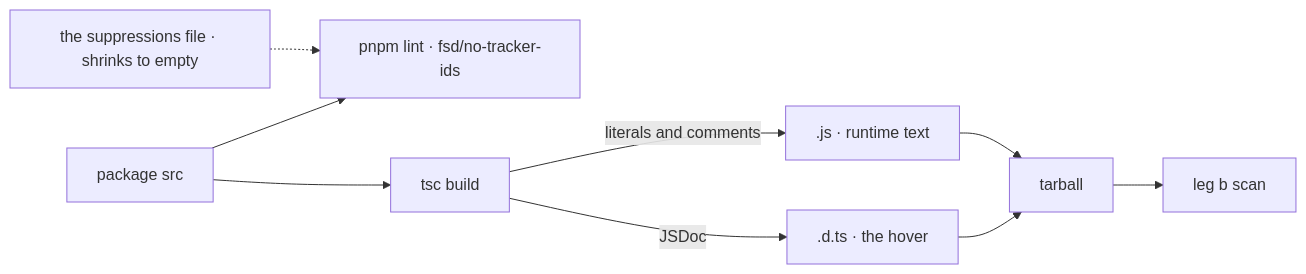
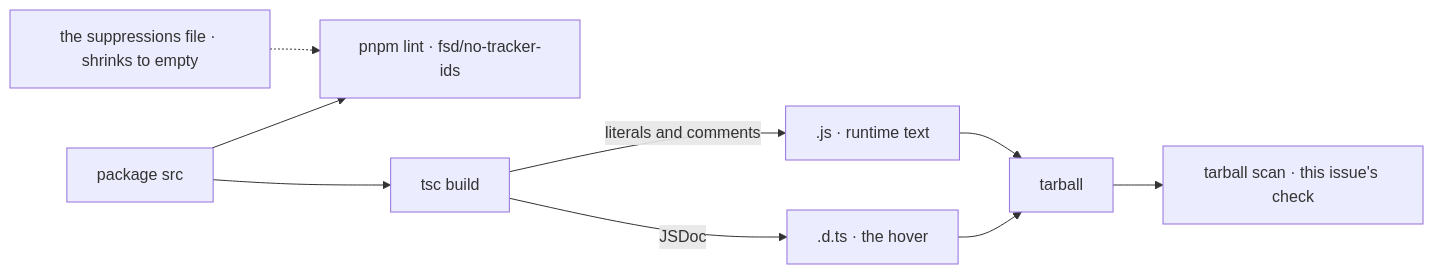
Before and after one commit to fixpoint-labs/flow-state-dev: the second of 2 diagrams in specs/issues/FIX-2453/SPEC.md, drawn with Mermaid. The commit also changed other lines of this file and 3 other files, not shown here.

````diff
--- a/specs/issues/FIX-2453/SPEC.md
+++ b/specs/issues/FIX-2453/SPEC.md
@@ -92,11 +94,11 @@
 ```mermaid
 flowchart LR
   S["package src"] --> L["pnpm lint · fsd/no-tracker-ids"]
   X["the suppressions file · shrinks to empty"] -.-> L
   S --> B["tsc build"]
   B -->|"JSDoc"| D[".d.ts · the hover"]
   B -->|"literals and comments"| J[".js · runtime text"]
   D --> T["tarball"]
   J --> T
-  T --> G["leg b scan"]
+  T --> G["tarball scan · this issue's check"]
 ```
````
